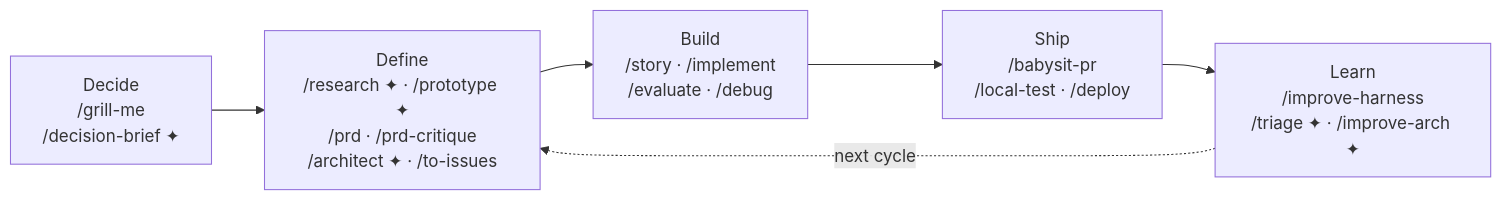
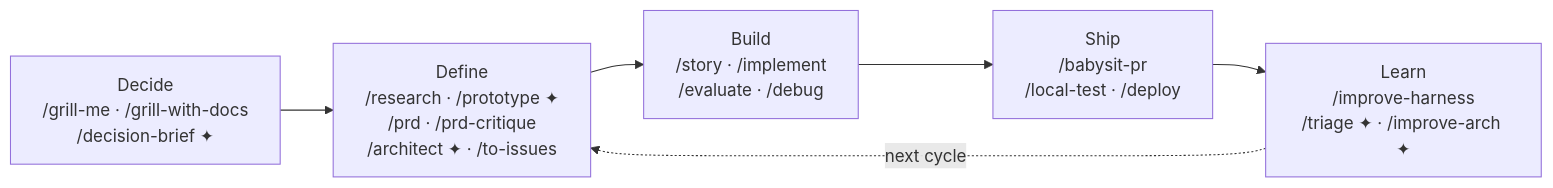
The diagram in README.md (anudeeps28/claude-code-harness), drawn with Mermaid before and after one commit. The commit also changed other lines of this file and 5 other files, not shown here.

First line of the commit message:
feat: add /grill-with-docs and /research skills (T2.2, T2.3)

````diff
--- a/README.md
+++ b/README.md
@@ -68,11 +68,11 @@
 ```mermaid
 flowchart LR
-    P0["Decide<br/>/grill-me<br/>/decision-brief ✦"]
-    P1["Define<br/>/research ✦ · /prototype ✦<br/>/prd · /prd-critique<br/>/architect ✦ · /to-issues"]
+    P0["Decide<br/>/grill-me · /grill-with-docs<br/>/decision-brief ✦"]
+    P1["Define<br/>/research · /prototype ✦<br/>/prd · /prd-critique<br/>/architect ✦ · /to-issues"]
     P2["Build<br/>/story · /implement<br/>/evaluate · /debug"]
     P3["Ship<br/>/babysit-pr<br/>/local-test · /deploy"]
     P4["Learn<br/>/improve-harness<br/>/triage ✦ · /improve-arch ✦"]
 
     P0 --> P1 --> P2 --> P3 --> P4
     P4 -.->|"next cycle"| P1
 ```
````
